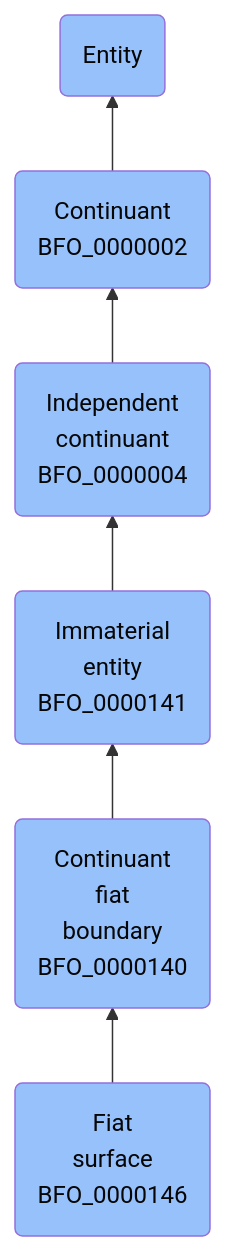
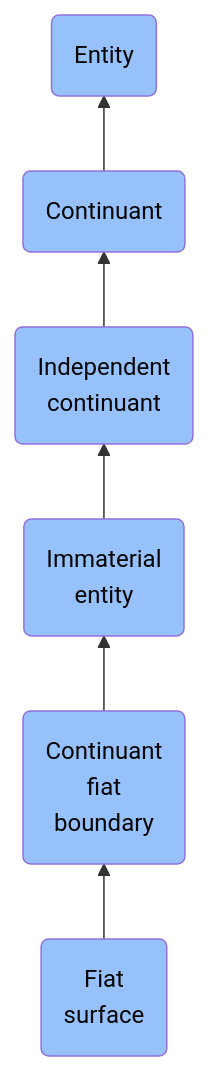
One commit to jupyter-naas/abi changed the diagram in docs/ontology/reference/model/Entity/Continuant/Independent continuant/Immaterial entity/Continuant fiat boundary/Fiat surface/Fiat surface.md. Above: the diagram before and after it, drawn with Mermaid. The commit also changed other lines of this file and 1430 other files, not shown here.

````diff
--- a/docs/ontology/reference/model/Entity/Continuant/Independent continuant/Immaterial entity/Continuant fiat boundary/Fiat surface/Fiat surface.md
+++ b/docs/ontology/reference/model/Entity/Continuant/Independent continuant/Immaterial entity/Continuant fiat boundary/Fiat surface/Fiat surface.md
@@ -24,13 +24,13 @@
 ```mermaid
 graph BT
-    BFO_0000146(Fiat<br>surface<br>BFO_0000146):::BFO-->BFO_0000140
-    BFO_0000140(Continuant<br>fiat<br>boundary<br>BFO_0000140):::BFO-->BFO_0000141
-    BFO_0000141(Immaterial<br>entity<br>BFO_0000141):::BFO-->BFO_0000004
-    BFO_0000004(Independent<br>continuant<br>BFO_0000004):::BFO-->BFO_0000002
-    BFO_0000002(Continuant<br>BFO_0000002):::BFO-->BFO_0000001
+    BFO_0000146(Fiat<br>surface):::BFO-->BFO_0000140
+    BFO_0000140(Continuant<br>fiat<br>boundary):::BFO-->BFO_0000141
+    BFO_0000141(Immaterial<br>entity):::BFO-->BFO_0000004
+    BFO_0000004(Independent<br>continuant):::BFO-->BFO_0000002
+    BFO_0000002(Continuant):::BFO-->BFO_0000001
     BFO_0000001(Entity):::BFO
     
     classDef BFO fill:#97c1fb,color:#060606
     classDef CCO fill:#e4c51e,color:#060606
     classDef ABI fill:#48DD82,color:#060606
 ```
````
